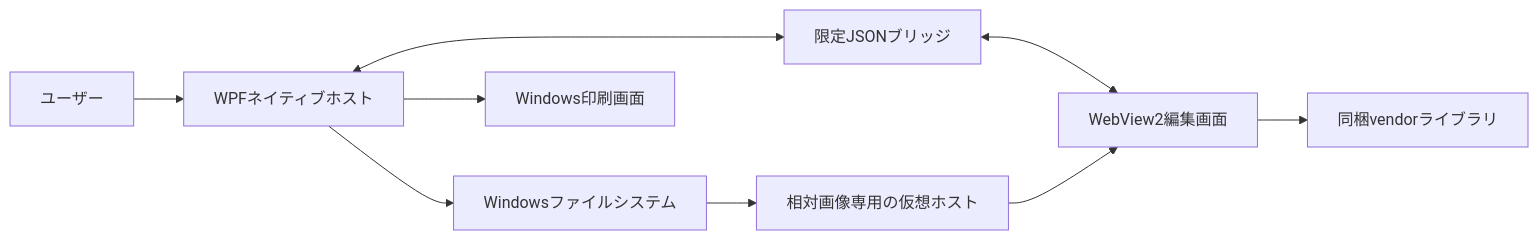
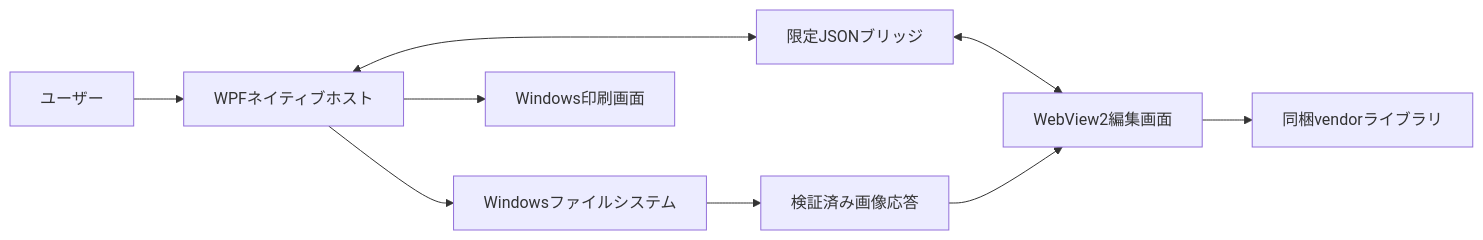
The diagram in docs/windows-portable-app.md (yo-fork/PortableMarkdownEditor), drawn with Mermaid before and after one commit. The commit also changed other lines of this file and 14 other files, not shown here.

````diff
--- a/docs/windows-portable-app.md
+++ b/docs/windows-portable-app.md
@@ -13,11 +13,11 @@
 ```mermaid
 flowchart LR
   U[ユーザー] --> N[WPFネイティブホスト]
   N --> F[Windowsファイルシステム]
   N --> P[Windows印刷画面]
   N <--> B[限定JSONブリッジ]
   B <--> W[WebView2編集画面]
   W --> V[同梱vendorライブラリ]
-  F --> I[相対画像専用の仮想ホスト]
+  F --> I[検証済み画像応答]
   I --> W
 ```
````
